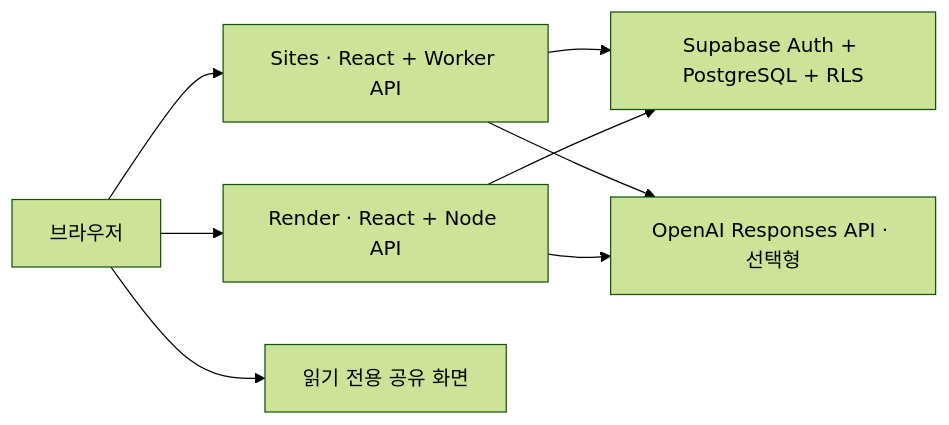
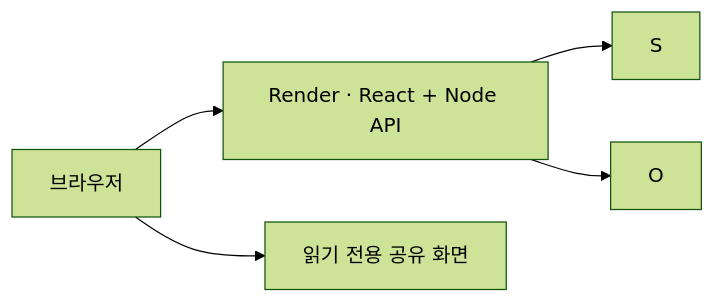
One commit to Mureung1/hub-showcase changed the diagram in README.md. Above: the diagram before and after it, drawn with Mermaid (forest theme). The commit also changed other lines of this file and 122 other files, not shown here.

````diff
--- a/README.md
+++ b/README.md
@@ -9,10 +9,7 @@
 ```mermaid
 flowchart LR
-    B["브라우저"] --> C["Sites · React + Worker API"]
-    B --> R["Render · React + Node API"]
-    C --> S["Supabase Auth + PostgreSQL + RLS"]
+    B["브라우저"] --> R["Render · React + Node API"]
     R --> S
-    C --> O["OpenAI Responses API · 선택형"]
     R --> O
     B --> L["읽기 전용 공유 화면"]
 ```
````
